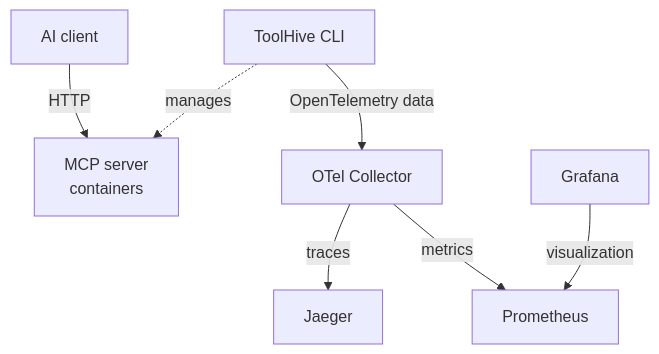
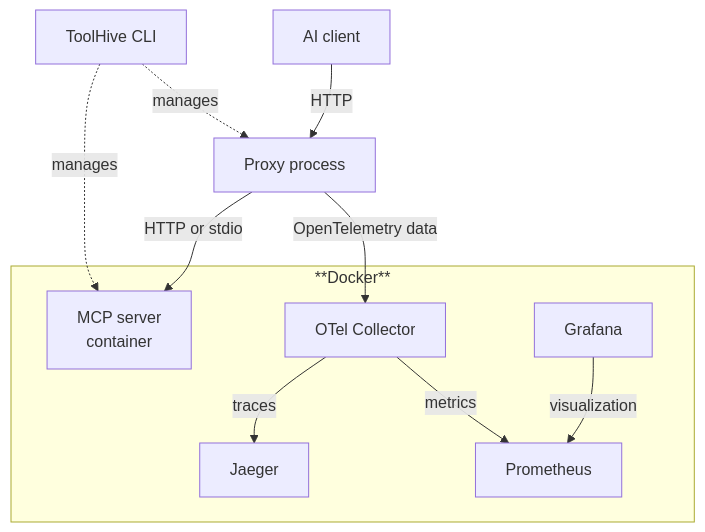
Before and after one commit to stacklok/docs-website: the first of 2 diagrams in docs/toolhive/tutorials/opentelemetry.mdx, drawn with Mermaid. The commit also changed other lines of this file, not shown here.

Commit message:
Fix typo and update diagrams

````diff
--- a/docs/toolhive/tutorials/opentelemetry.mdx
+++ b/docs/toolhive/tutorials/opentelemetry.mdx
@@ -120,17 +120,21 @@
 ```mermaid
 graph TB
     A[AI client]
     THV[ToolHive CLI]
-    MCP[MCP server<br>containers]
-    OTEL[OTel Collector]
-    J[Jaeger]
-    P[Prometheus]
-    G[Grafana]
+    Proxy[Proxy process]
+    subgraph Docker[**Docker**]
+      MCP[MCP server<br>container]
+      OTEL[OTel Collector]
+      J[Jaeger]
+      P[Prometheus]
+      G[Grafana]
+    end
 
-    A -- HTTP --> MCP
-    THV -. manages .-> MCP
-    THV -- OpenTelemetry data --> OTEL
+    THV -. manages .-> MCP & Proxy
+    Proxy -- HTTP or stdio --> MCP
+    Proxy -- OpenTelemetry data --> OTEL
     OTEL -- traces --> J
     OTEL -- metrics --> P
     G -- visualization --> P
+    A -- HTTP --> Proxy
 ```
````
